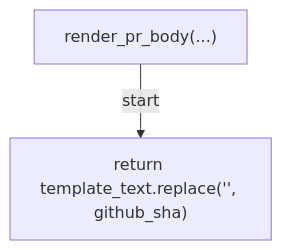
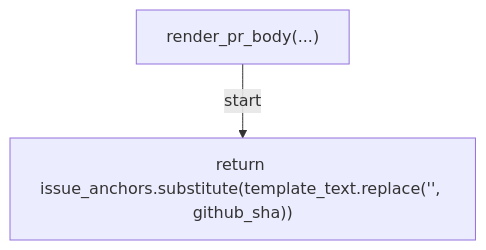
One commit to tvna/claude-md changed the third of 9 diagrams in docs/generated/scripts/ast/devcontainer_pin_pr.md. Above: the diagram before and after it, drawn with Mermaid. The commit also changed 5 other files, not shown here.

First line of the commit message:
docs(generated): regenerate decision tree and workflow diagrams

````diff
--- a/docs/generated/scripts/ast/devcontainer_pin_pr.md
+++ b/docs/generated/scripts/ast/devcontainer_pin_pr.md
@@ -27,6 +27,6 @@
 ```mermaid
 flowchart TD
     N001["render_pr_body(...)"]
-    N002["return template_text.replace('<str>', github_sha)"]
+    N002["return issue_anchors.substitute(template_text.replace('<str>', github_sha))"]
     N001 -->|"start"| N002
 ```
````
